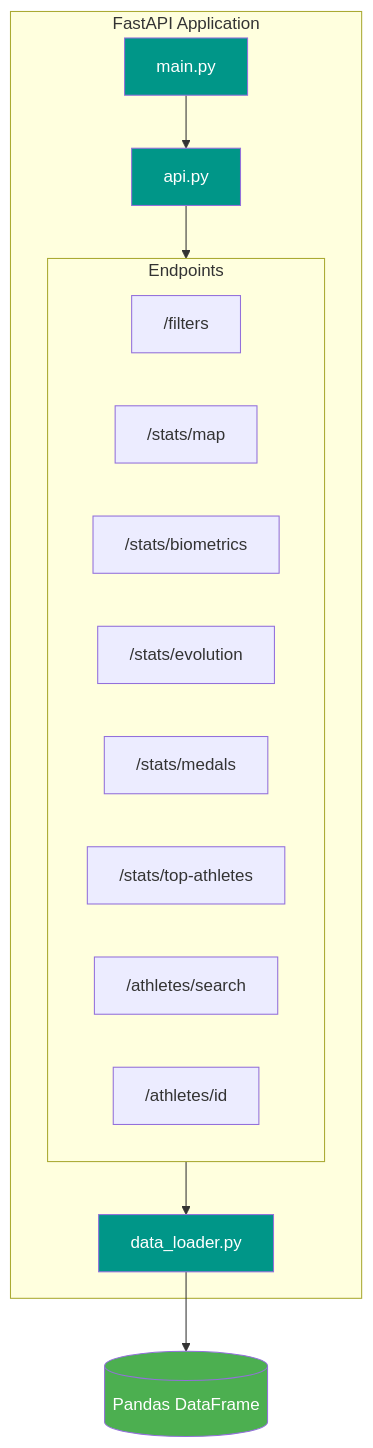
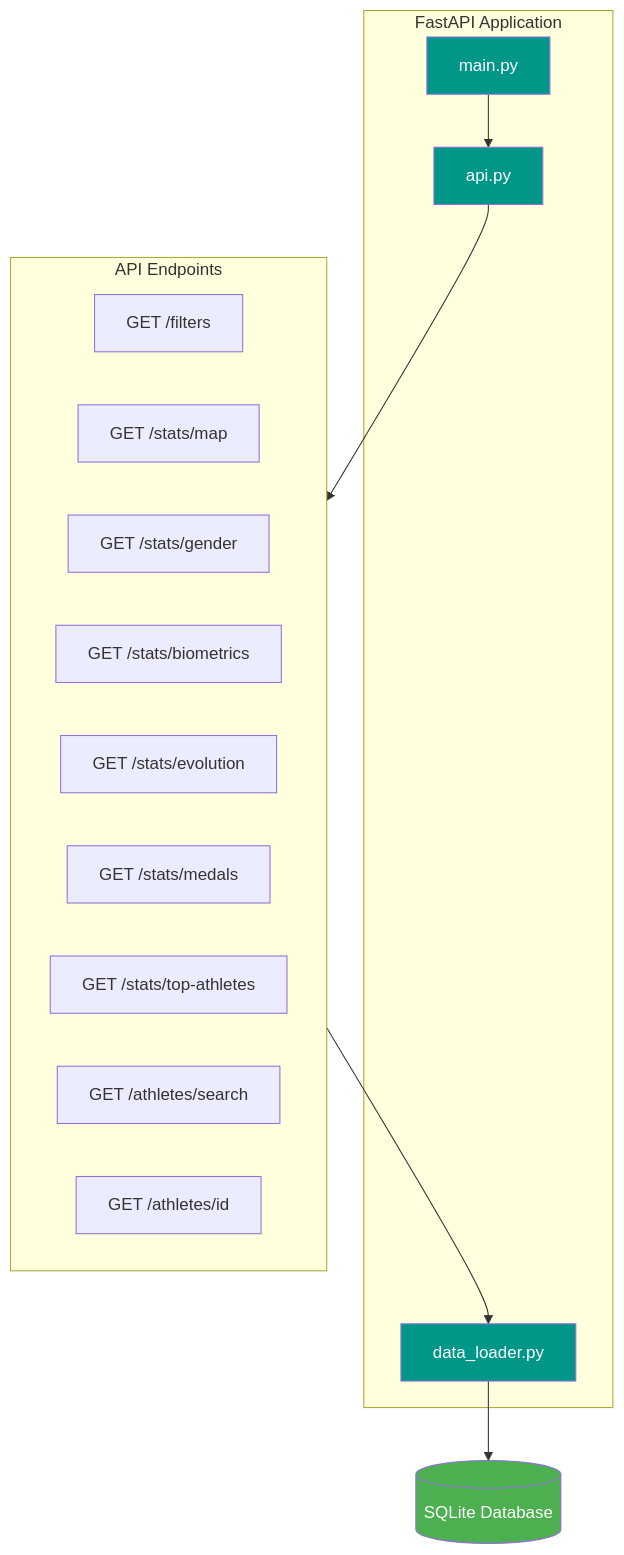
Before and after one commit to italomanzine/olympic-data-explorer: the fifth of 6 diagrams in README.md, drawn with Mermaid. The commit also changed other lines of this file and 33 other files, not shown here.

````diff
--- a/README.md
+++ b/README.md
@@ -362,31 +366,32 @@
 ```mermaid
 flowchart TB
     subgraph backend["FastAPI Application"]
         main["main.py"]
         router["api.py"]
         loader["data_loader.py"]
-        
-        subgraph endpoints["Endpoints"]
-            filters_ep["/filters"]
-            map_ep["/stats/map"]
-            bio_ep["/stats/biometrics"]
-            evo_ep["/stats/evolution"]
-            medals_ep["/stats/medals"]
-            top_ep["/stats/top-athletes"]
-            search_ep["/athletes/search"]
-            profile_ep["/athletes/id"]
-        end
     end
     
-    df[("Pandas DataFrame")]
+    subgraph endpoints["API Endpoints"]
+        filters_ep["GET /filters"]
+        map_ep["GET /stats/map"]
+        gender_ep["GET /stats/gender"]
+        bio_ep["GET /stats/biometrics"]
+        evo_ep["GET /stats/evolution"]
+        medals_ep["GET /stats/medals"]
+        top_ep["GET /stats/top-athletes"]
+        search_ep["GET /athletes/search"]
+        profile_ep["GET /athletes/id"]
+    end
+    
+    sqlite[("SQLite Database")]
     
     main --> router
     router --> endpoints
     endpoints --> loader
-    loader --> df
+    loader --> sqlite
     
     style main fill:#009688,color:#fff
     style router fill:#009688,color:#fff
     style loader fill:#009688,color:#fff
-    style df fill:#4caf50,color:#fff
+    style sqlite fill:#4caf50,color:#fff
 ```
````
